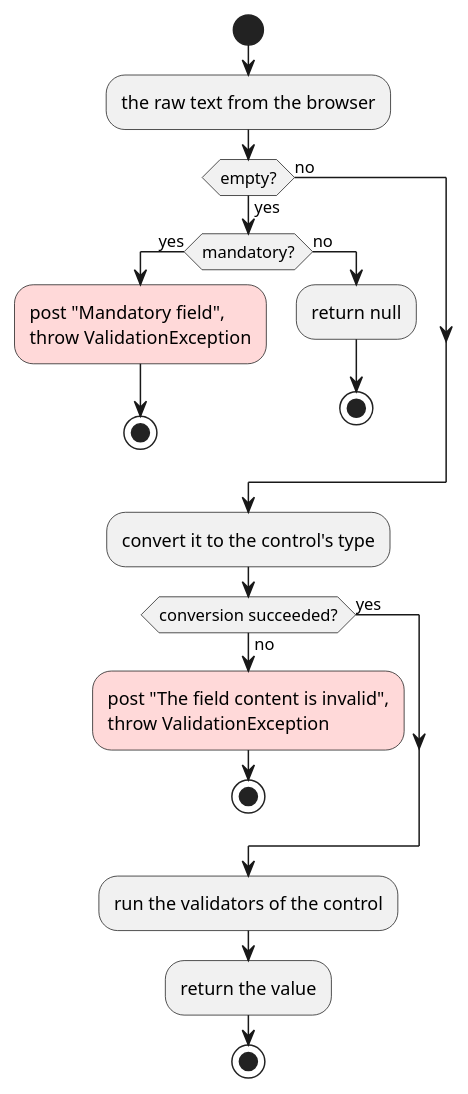
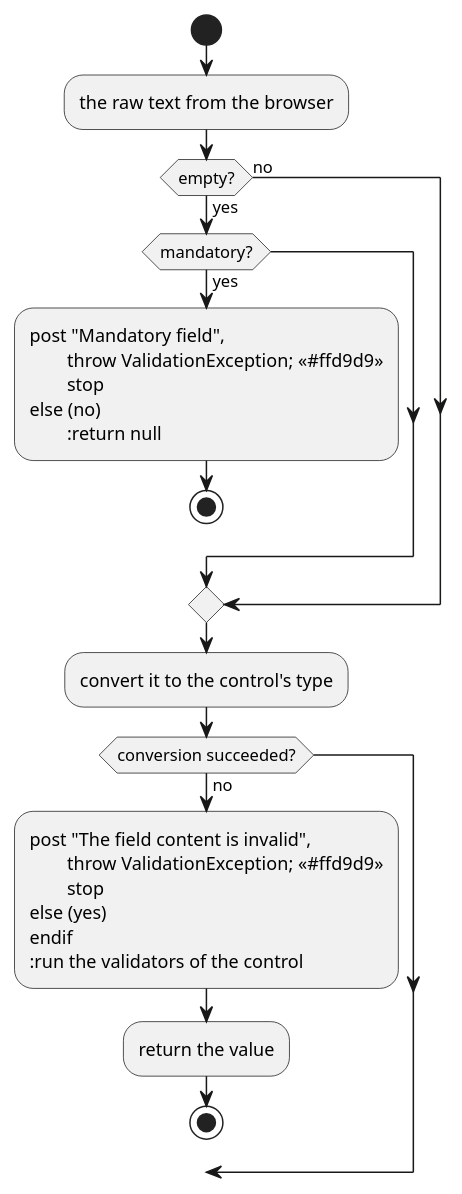
The second of 3 diagrams in site/content/building-pages/using-components/index.md (fjalvingh/domui.github.io), drawn with PlantUML before and after one commit. The commit also changed other lines of this file, not shown here.

````diff
--- a/site/content/building-pages/using-components/index.md
+++ b/site/content/building-pages/using-components/index.md
@@ -129,28 +161,28 @@
 ```plantuml svg title="getValue()"
 @startuml
 skinparam shadowing false
 start
 :the raw text from the browser;
 if (empty?) then (yes)
 	if (mandatory?) then (yes)
-		#ffd9d9:post "Mandatory field",
-		throw ValidationException;
+		:post "Mandatory field",
+		throw ValidationException; <<#ffd9d9>>
 		stop
 	else (no)
 		:return null;
 		stop
 	endif
 else (no)
 endif
 :convert it to the control's type;
 if (conversion succeeded?) then (no)
-	#ffd9d9:post "The field content is invalid",
-	throw ValidationException;
+	:post "The field content is invalid",
+	throw ValidationException; <<#ffd9d9>>
 	stop
 else (yes)
 endif
 :run the validators of the control;
 :return the value;
 stop
 @enduml
 ```
````
